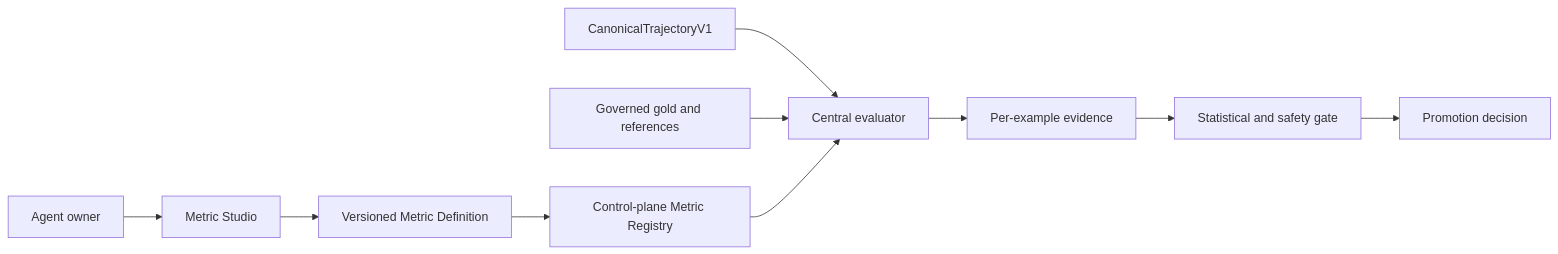
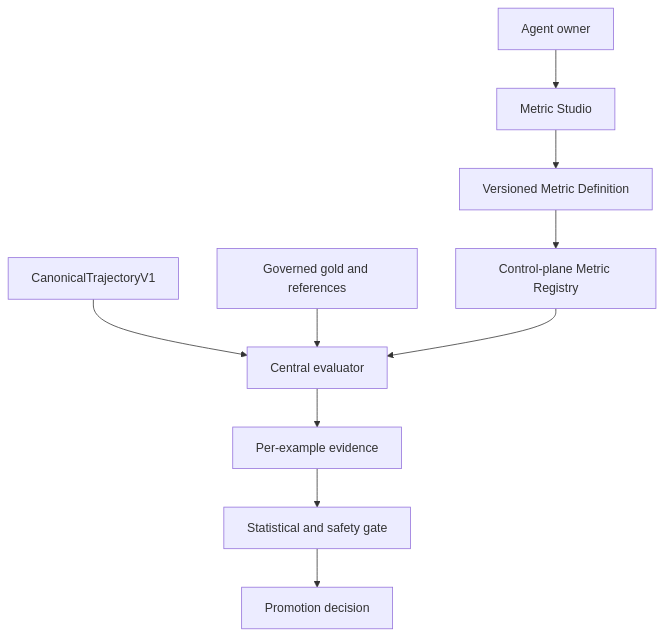
Before and after one commit to GMartin-dev/penguiflow: the third of 4 diagrams in docs/proposals/LEARNING_CONTROL_PLANE_EXECUTIVE_OPTIONS.md, drawn with Mermaid. The commit also changed other lines of this file, not shown here.

````diff
--- a/docs/proposals/LEARNING_CONTROL_PLANE_EXECUTIVE_OPTIONS.md
+++ b/docs/proposals/LEARNING_CONTROL_PLANE_EXECUTIVE_OPTIONS.md
@@ -154,12 +153,12 @@
 ```mermaid
-flowchart LR
-    OWNER[Agent owner] --> UX[Metric Studio]
-    UX --> DEF[Versioned Metric Definition]
-    DEF --> REG[Control-plane Metric Registry]
-    CT[CanonicalTrajectoryV1] --> ER[Central evaluator]
-    GOLD[Governed gold and references] --> ER
+flowchart TB
+    OWNER["Agent owner"] --> UX["Metric Studio"]
+    UX --> DEF["Versioned Metric Definition"]
+    DEF --> REG["Control-plane Metric Registry"]
+    CT["CanonicalTrajectoryV1"] --> ER["Central evaluator"]
+    GOLD["Governed gold and references"] --> ER
     REG --> ER
-    ER --> EV[Per-example evidence]
-    EV --> STATS[Statistical and safety gate]
-    STATS --> DEC[Promotion decision]
+    ER --> EV["Per-example evidence"]
+    EV --> STATS["Statistical and safety gate"]
+    STATS --> DEC["Promotion decision"]
 ```
````
